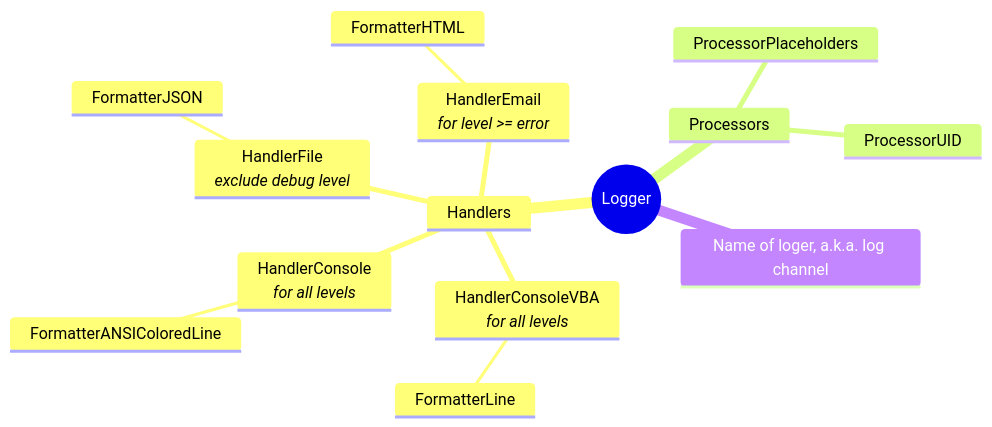
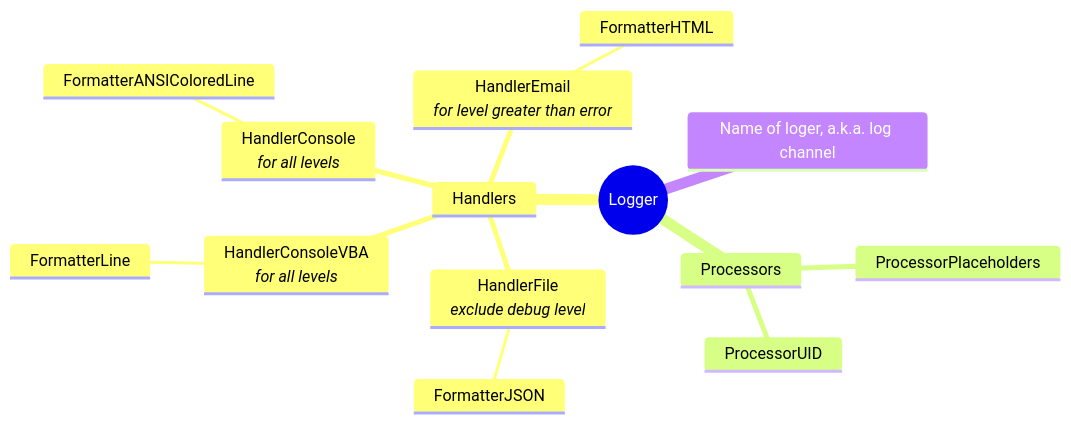
One commit to 6i-software/vba-monologger changed the first of 3 diagrams in docs/src/getting-started/introduction.md. Above: the diagram before and after it, drawn with Mermaid. The commit also changed other lines of this file and 15 other files, not shown here.

````diff
--- a/docs/src/getting-started/introduction.md
+++ b/docs/src/getting-started/introduction.md
@@ -66,17 +79,17 @@
 ```mermaid
 mindmap
   root((Logger))
     Handlers
       HandlerConsoleVBA<br>*for all levels*
         FormatterLine
       HandlerConsole<br>*for all levels*
         FormatterANSIColoredLine        
       HandlerFile<br>*exclude debug level*
         FormatterJSON
-      HandlerEmail<br>*for level >= error*
+      HandlerEmail<br>*for level greater than error*
         FormatterHTML
     Processors
       ProcessorPlaceholders
       ProcessorUID
     Name of loger, a.k.a. log channel
 ```
````
